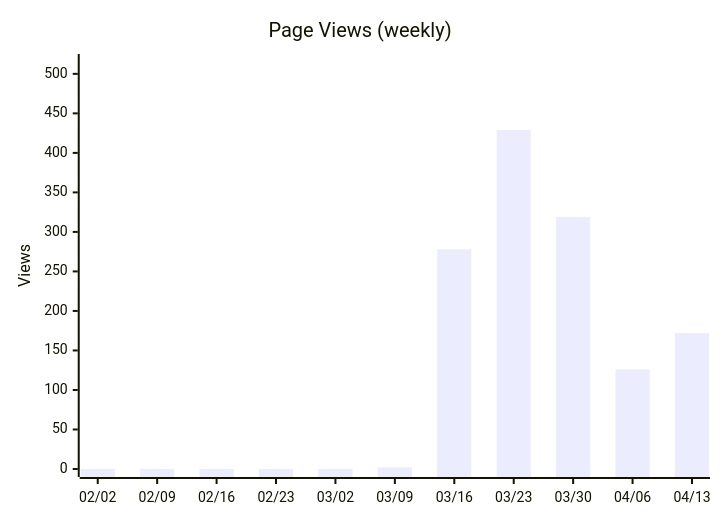
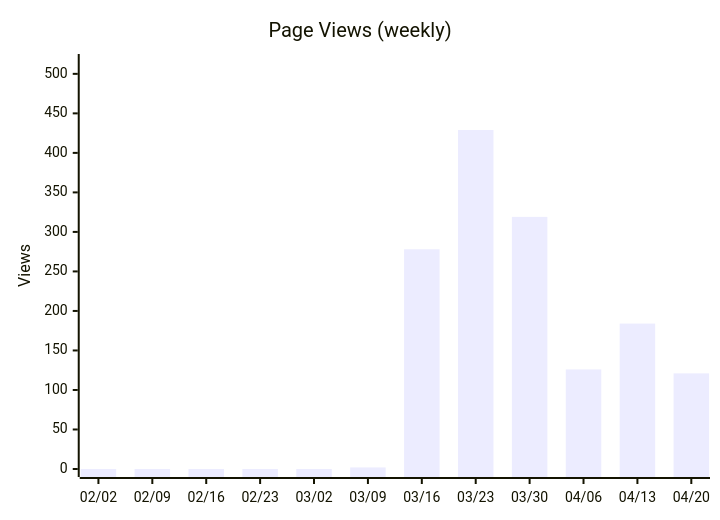
Diagram 12 of 14 in docs/metrics.md (nablarch/nabledge-dev), drawn with Mermaid before and after one commit. The commit also changed other lines of this file and 2 other files, not shown here.

````diff
--- a/docs/metrics.md
+++ b/docs/metrics.md
@@ -157,7 +157,7 @@
 ```mermaid
 xychart-beta
   title "Page Views (weekly)"
-  x-axis ["02/02", "02/09", "02/16", "02/23", "03/02", "03/09", "03/16", "03/23", "03/30", "04/06", "04/13"]
+  x-axis ["02/02", "02/09", "02/16", "02/23", "03/02", "03/09", "03/16", "03/23", "03/30", "04/06", "04/13", "04/20"]
   y-axis "Views" 0 --> 515
-  bar [0, 0, 0, 0, 0, 2, 278, 429, 319, 126, 172]
+  bar [0, 0, 0, 0, 0, 2, 278, 429, 319, 126, 184, 121]
 ```
````
